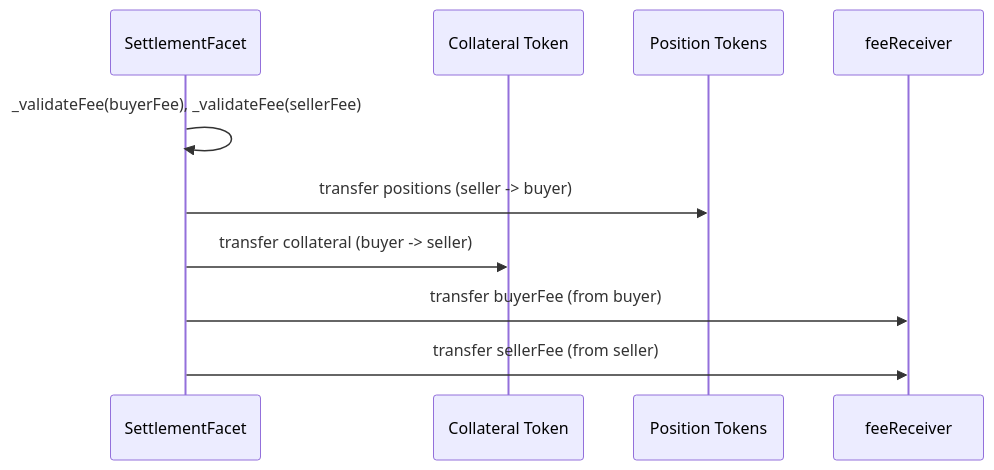
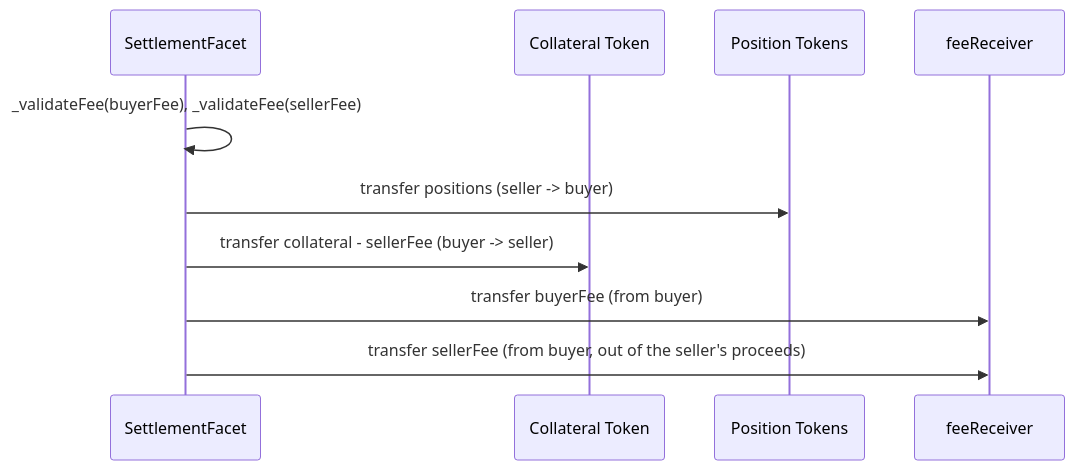
One commit to Doefin/doefin-v2 changed the second of 4 diagrams in docs/flows/SETTLEMENT_FLOW.md. Above: the diagram before and after it, drawn with Mermaid. The commit also changed other lines of this file and 3 other files, not shown here.

Commit message:
SCRUM-559: docs for market orders and the seller's fee

````diff
--- a/docs/flows/SETTLEMENT_FLOW.md
+++ b/docs/flows/SETTLEMENT_FLOW.md
@@ -86,13 +99,13 @@
 ```mermaid
 sequenceDiagram
     participant Settlement as SettlementFacet
     participant ERC20 as Collateral Token
     participant ERC1155 as Position Tokens
     participant Fee as feeReceiver
 
     Settlement->>Settlement: _validateFee(buyerFee), _validateFee(sellerFee)
     Settlement->>ERC1155: transfer positions (seller -> buyer)
-    Settlement->>ERC20: transfer collateral (buyer -> seller)
+    Settlement->>ERC20: transfer collateral - sellerFee (buyer -> seller)
     Settlement->>Fee: transfer buyerFee (from buyer)
-    Settlement->>Fee: transfer sellerFee (from seller)
+    Settlement->>Fee: transfer sellerFee (from buyer, out of the seller's proceeds)
 ```
````
